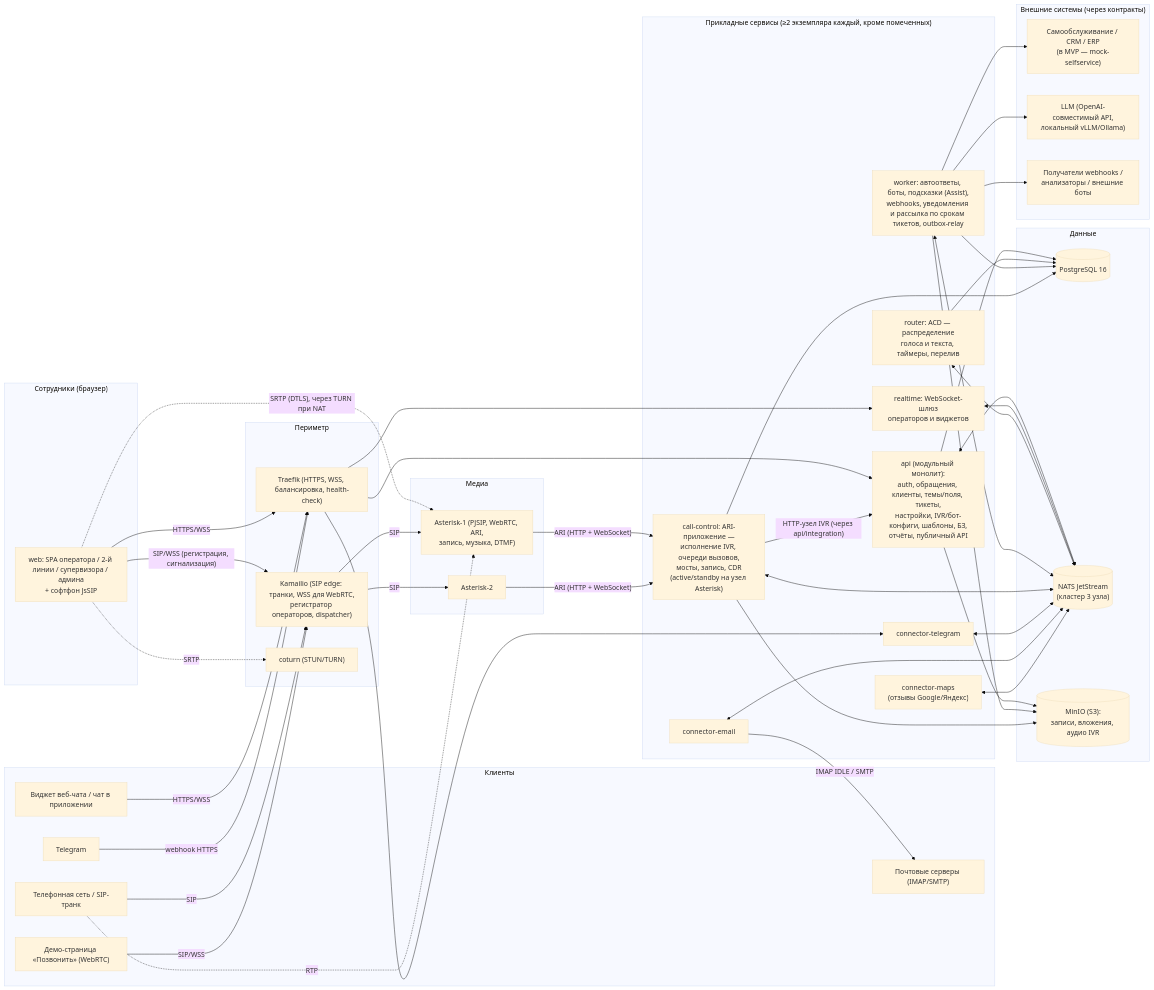
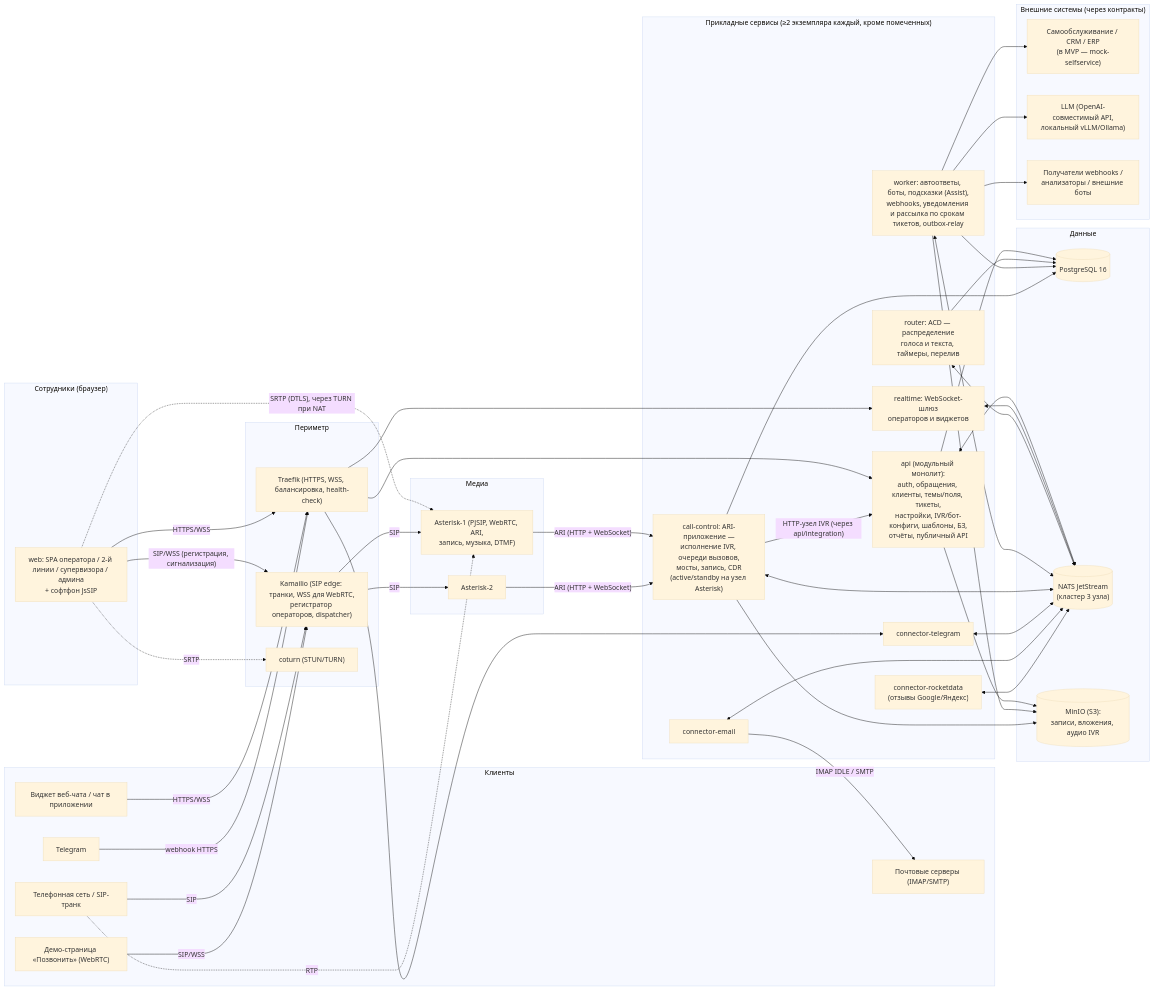
The first of 8 diagrams in Контакт-центр/planning/02-архитектура.md (afedortsovbn-commits/CkaudeGitHub), drawn with Mermaid (base theme) before and after one commit. The commit also changed other lines of this file and 4 other files, not shown here.

````diff
--- a/Контакт-центр/planning/02-архитектура.md
+++ b/Контакт-центр/planning/02-архитектура.md
@@ -21,69 +21,69 @@
 ```mermaid
 flowchart LR
   subgraph Clients["Клиенты"]
     PSTN["Телефонная сеть / SIP-транк"]
     DemoCaller["Демо-страница «Позвонить» (WebRTC)"]
     Widget["Виджет веб-чата / чат в приложении"]
     TG["Telegram"]
     Mail["Почтовые серверы (IMAP/SMTP)"]
   end
 
   subgraph Staff["Сотрудники (браузер)"]
     WebApp["web: SPA оператора / 2-й линии / супервизора / админа<br/>+ софтфон JsSIP"]
   end
 
   subgraph Edge["Периметр"]
     Traefik["Traefik (HTTPS, WSS, балансировка, health-check)"]
     Kamailio["Kamailio (SIP edge: транки, WSS для WebRTC,<br/>регистратор операторов, dispatcher)"]
     TURN["coturn (STUN/TURN)"]
   end
 
   subgraph Media["Медиа"]
     AST1["Asterisk-1 (PJSIP, WebRTC, ARI,<br/>запись, музыка, DTMF)"]
     AST2["Asterisk-2"]
   end
 
   subgraph App["Прикладные сервисы (≥2 экземпляра каждый, кроме помеченных)"]
     API["api (модульный монолит):<br/>auth, обращения, клиенты, темы/поля, тикеты,<br/>настройки, IVR/бот-конфиги, шаблоны, БЗ,<br/>отчёты, публичный API"]
     RT["realtime: WebSocket-шлюз<br/>операторов и виджетов"]
     Router["router: ACD — распределение<br/>голоса и текста, таймеры, перелив"]
     Worker["worker: автоответы, боты, подсказки (Assist),<br/>webhooks, уведомления и рассылка по срокам тикетов, outbox-relay"]
     CallCtl["call-control: ARI-приложение —<br/>исполнение IVR, очереди вызовов,<br/>мосты, запись, CDR<br/>(active/standby на узел Asterisk)"]
     ConnTG["connector-telegram"]
     ConnMail["connector-email"]
-    ConnMaps["connector-maps<br/>(отзывы Google/Яндекс)"]
+    ConnMaps["connector-rocketdata<br/>(отзывы Google/Яндекс)"]
   end
 
   subgraph Data["Данные"]
     PG[("PostgreSQL 16")]
     NATS[("NATS JetStream<br/>(кластер 3 узла)")]
     S3[("MinIO (S3):<br/>записи, вложения, аудио IVR")]
   end
 
   subgraph Ext["Внешние системы (через контракты)"]
     Self["Самообслуживание / CRM / ERP<br/>(в MVP — mock-selfservice)"]
     LLM["LLM (OpenAI-совместимый API,<br/>локальный vLLM/Ollama)"]
     Hooks["Получатели webhooks /<br/>анализаторы / внешние боты"]
   end
 
   PSTN -- SIP --> Kamailio
   PSTN -. RTP .-> AST1
   DemoCaller -- SIP/WSS --> Kamailio
   WebApp -- "SIP/WSS (регистрация, сигнализация)" --> Kamailio
   WebApp -. "SRTP (DTLS), через TURN при NAT" .-> AST1
   WebApp -. SRTP .-> TURN
   Kamailio -- SIP --> AST1 & AST2
   AST1 & AST2 -- "ARI (HTTP + WebSocket)" --> CallCtl
 
   WebApp -- HTTPS/WSS --> Traefik
   Widget -- HTTPS/WSS --> Traefik
   TG -- webhook HTTPS --> Traefik
   Traefik --> API & RT & ConnTG
   ConnMail -- IMAP IDLE / SMTP --> Mail
 
   API & RT & Router & Worker & CallCtl & ConnTG & ConnMail & ConnMaps <--> NATS
   API & Router & Worker & CallCtl --> PG
   API & Worker & CallCtl --> S3
   Worker --> Self & LLM & Hooks
   CallCtl -- "HTTP-узел IVR (через api/integration)" --> API
 ```
````
